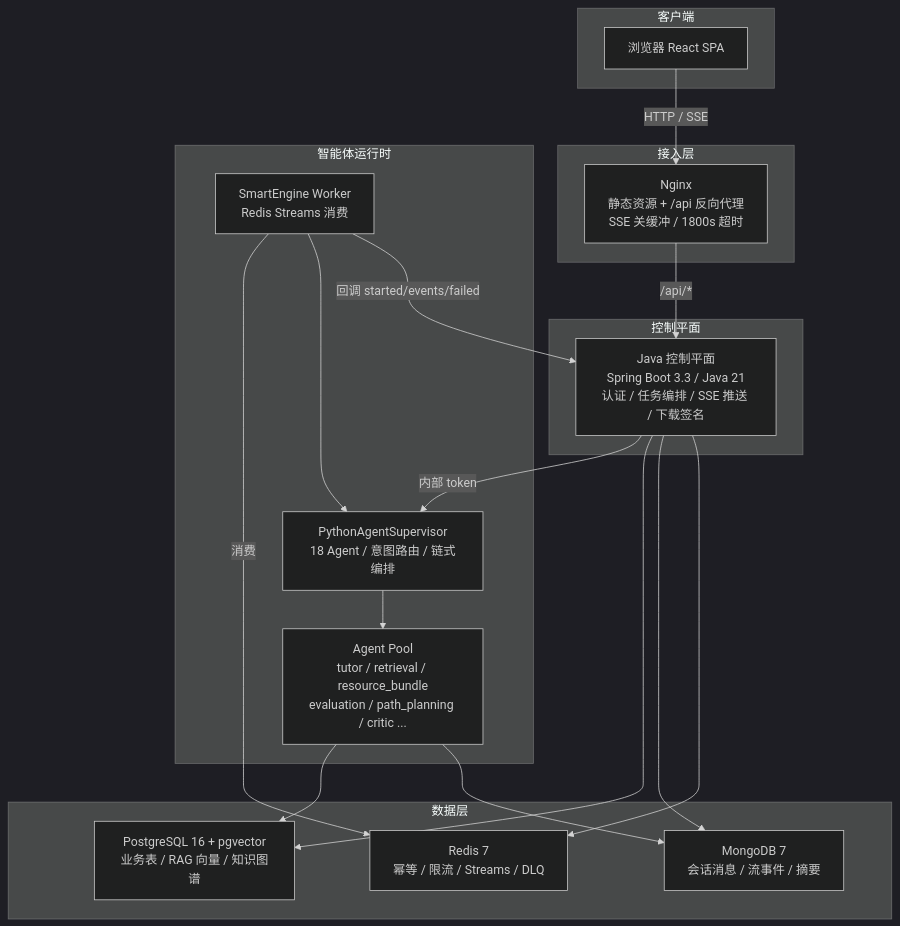
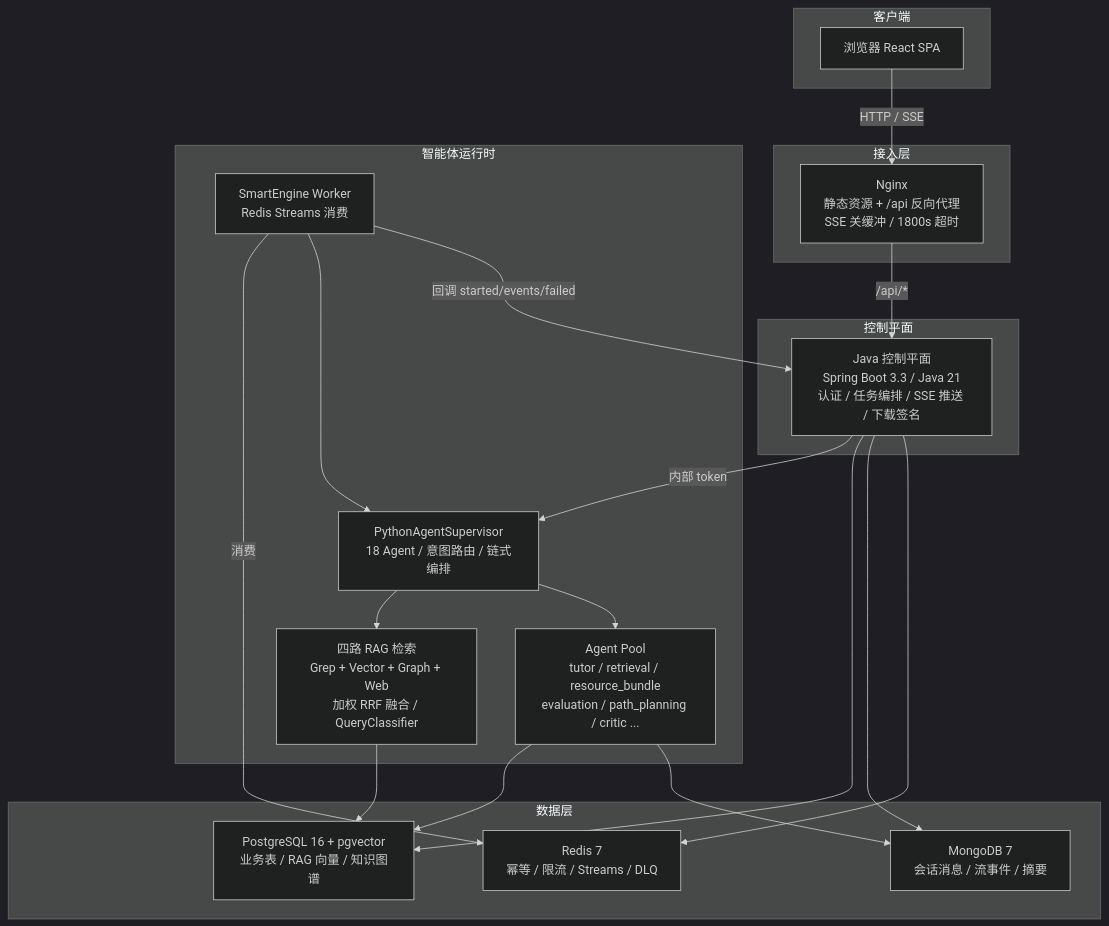
One commit to zzp1221/Multi-Agent-Learning-System changed the first of 2 diagrams in README.md. Above: the diagram before and after it, drawn with Mermaid (dark theme). The commit also changed other lines of this file and 17 other files, not shown here.

````diff
--- a/README.md
+++ b/README.md
@@ -39,39 +39,42 @@
 ```mermaid
 flowchart TB
     subgraph 客户端
         Browser["浏览器 React SPA"]
     end
 
     subgraph 接入层
         Nginx["Nginx<br/>静态资源 + /api 反向代理<br/>SSE 关缓冲 / 1800s 超时"]
     end
 
     subgraph 控制平面
         Java["Java 控制平面<br/>Spring Boot 3.3 / Java 21<br/>认证 / 任务编排 / SSE 推送 / 下载签名"]
     end
 
     subgraph 智能体运行时
         Supervisor["PythonAgentSupervisor<br/>18 Agent / 意图路由 / 链式编排"]
         Worker["SmartEngine Worker<br/>Redis Streams 消费"]
+        RAG["四路 RAG 检索<br/>Grep + Vector + Graph + Web<br/>加权 RRF 融合 / QueryClassifier"]
         Agents["Agent Pool<br/>tutor / retrieval / resource_bundle<br/>evaluation / path_planning / critic ..."]
     end
 
     subgraph 数据层
         PG["PostgreSQL 16 + pgvector<br/>业务表 / RAG 向量 / 知识图谱"]
         Mongo["MongoDB 7<br/>会话消息 / 流事件 / 摘要"]
         Redis["Redis 7<br/>幂等 / 限流 / Streams / DLQ"]
     end
 
     Browser -->|HTTP / SSE| Nginx
     Nginx -->|/api/*| Java
     Java -->|内部 token| Supervisor
     Java --> PG
     Java --> Mongo
     Java --> Redis
     Worker -->|消费| Redis
     Worker --> Supervisor
     Worker -->|回调 started/events/failed| Java
+    Supervisor --> RAG
     Supervisor --> Agents
+    RAG --> PG
     Agents --> PG
     Agents --> Mongo
 ```
````
